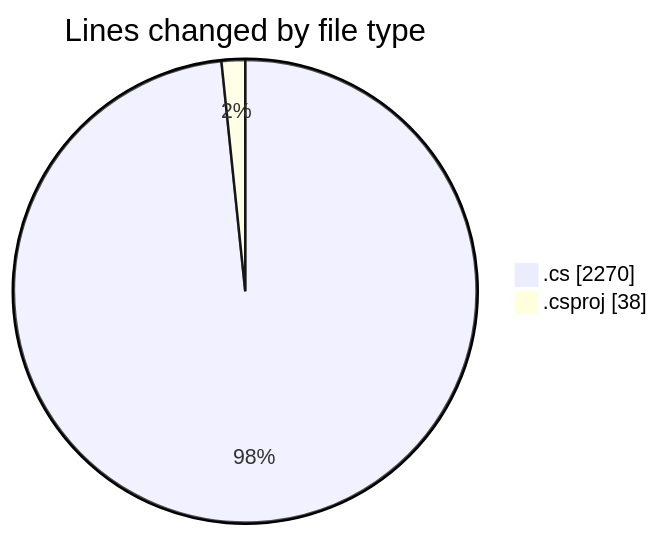
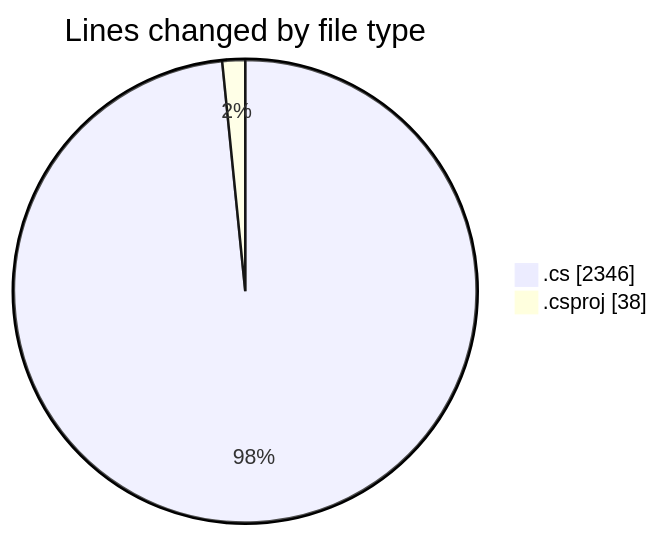
Before and after one commit to Netris89/code-tracking: the first of 2 diagrams in 2025-04-02/back-end/README.md, drawn with Mermaid. The commit also changed other lines of this file and 1 other file, not shown here.

````diff
--- a/2025-04-02/back-end/README.md
+++ b/2025-04-02/back-end/README.md
@@ -31,6 +31,6 @@
 ```mermaid
 pie showData
 title Lines changed by file type
-".cs" : 2270
+".cs" : 2346
 ".csproj" : 38
 ```
````
